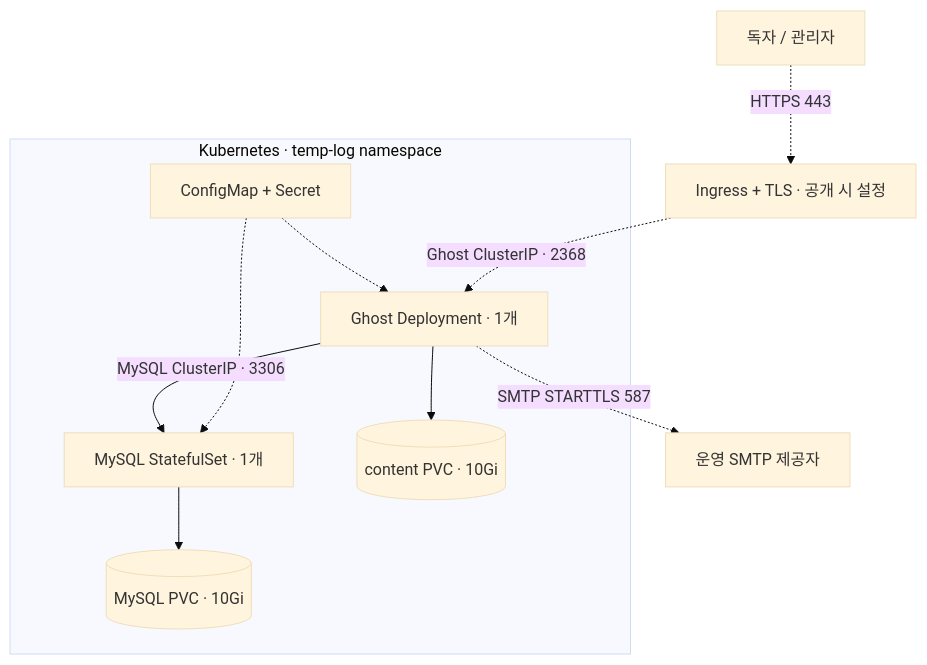
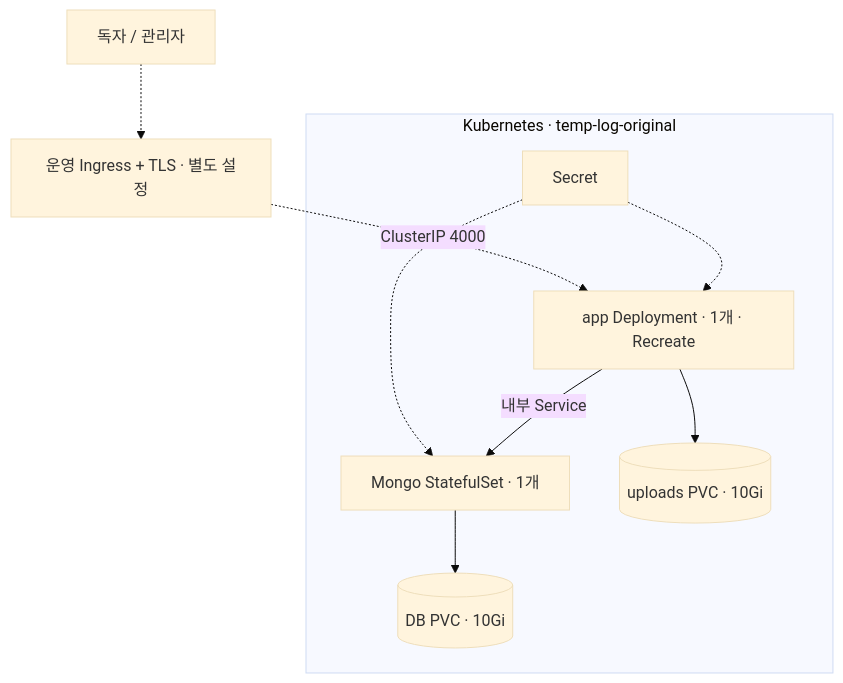
The second of 2 diagrams in docs/ARCHITECTURE.md (monitor5/Temp_log), drawn with Mermaid (base theme) before and after one commit. The commit also changed other lines of this file and 131 other files, not shown here.

Commit message:
Restore original Arch-Log app and fix authentication, drafts, uploads and deployment

````diff
--- a/docs/ARCHITECTURE.md
+++ b/docs/ARCHITECTURE.md
@@ -44,23 +29,12 @@
 ```mermaid
 flowchart TB
-    visitor["독자 / 관리자"]
-    ingress["Ingress + TLS · 공개 시 설정"]
-    smtp["운영 SMTP 제공자"]
-
-    subgraph namespace["Kubernetes · temp-log namespace"]
-        app["Ghost Deployment · 1개"]
-        db["MySQL StatefulSet · 1개"]
-        uploads[("content PVC · 10Gi")]
-        dbDisk[("MySQL PVC · 10Gi")]
-        settings["ConfigMap + Secret"]
-        app -->|"MySQL ClusterIP · 3306"| db
-        app --> uploads
-        db --> dbDisk
-        settings -.-> app
-        settings -.-> db
-    end
-
-    visitor -.->|"HTTPS 443"| ingress
-    ingress -.->|"Ghost ClusterIP · 2368"| app
-    app -.->|"SMTP STARTTLS 587"| smtp
+  browser["독자 / 관리자"] -.-> tls["운영 Ingress + TLS · 별도 설정"]
+  subgraph k8s["Kubernetes · temp-log-original"]
+    app["app Deployment · 1개 · Recreate"] -->|"내부 Service"| mongo["Mongo StatefulSet · 1개"]
+    app --> files[("uploads PVC · 10Gi")]
+    mongo --> db[("DB PVC · 10Gi")]
+    secrets["Secret"] -.-> app
+    secrets -.-> mongo
+  end
+  tls -.->|"ClusterIP 4000"| app
 ```
````
